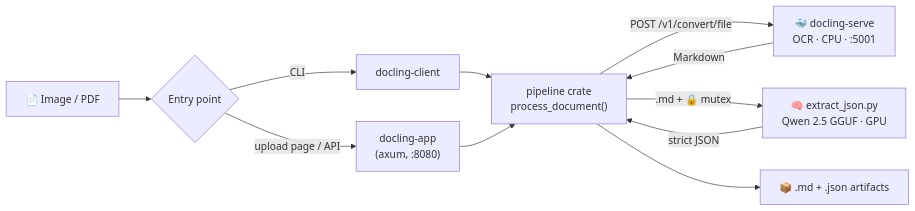
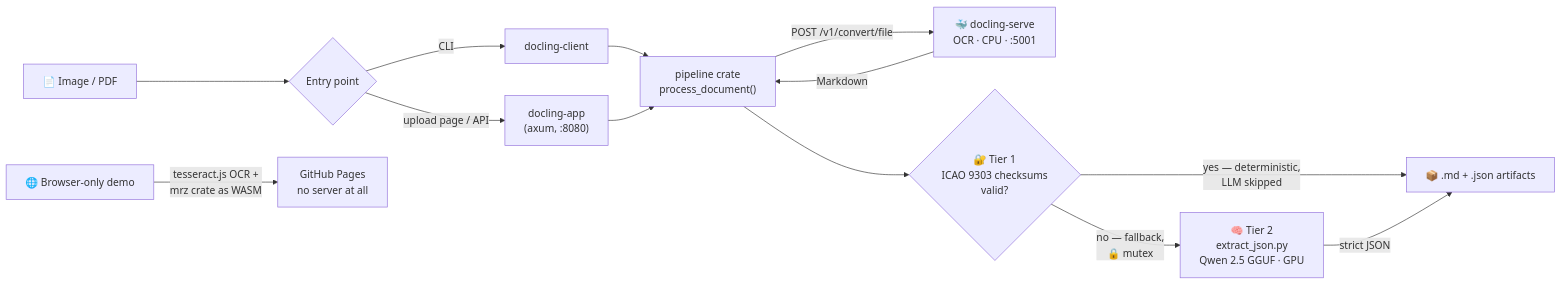
Before and after one commit to ruledicaprio/SynthPass: the diagram in README.md, drawn with Mermaid. The commit also changed other lines of this file and 29 other files, not shown here.

First line of the commit message:
v0.3.0: deterministic ICAO 9303 MRZ validation + browser-only WASM demo

````diff
--- a/README.md
+++ b/README.md
@@ -23,13 +28,16 @@
 ```mermaid
 flowchart LR
     A[📄 Image / PDF] --> B{Entry point}
     B -->|CLI| C[docling-client]
     B -->|upload page / API| D["docling-app<br/>(axum, :8080)"]
     C --> E["pipeline crate<br/>process_document()"]
     D --> E
     E -->|"POST /v1/convert/file"| F["🐳 docling-serve<br/>OCR · CPU · :5001"]
     F -->|Markdown| E
-    E -->|".md + 🔒 mutex"| G["🧠 extract_json.py<br/>Qwen 2.5 GGUF · GPU"]
-    G -->|strict JSON| E
-    E --> H[📦 .md + .json artifacts]
+    E --> T{"🔐 Tier 1<br/>ICAO 9303 checksums<br/>valid?"}
+    T -->|"yes — deterministic,<br/>LLM skipped"| H[📦 .md + .json artifacts]
+    T -->|"no — fallback,<br/>🔒 mutex"| G["🧠 Tier 2<br/>extract_json.py<br/>Qwen 2.5 GGUF · GPU"]
+    G -->|strict JSON| H
+
+    A2[🌐 Browser-only demo] -->|"tesseract.js OCR +<br/>mrz crate as WASM"| W["GitHub Pages<br/>no server at all"]
 ```
````
